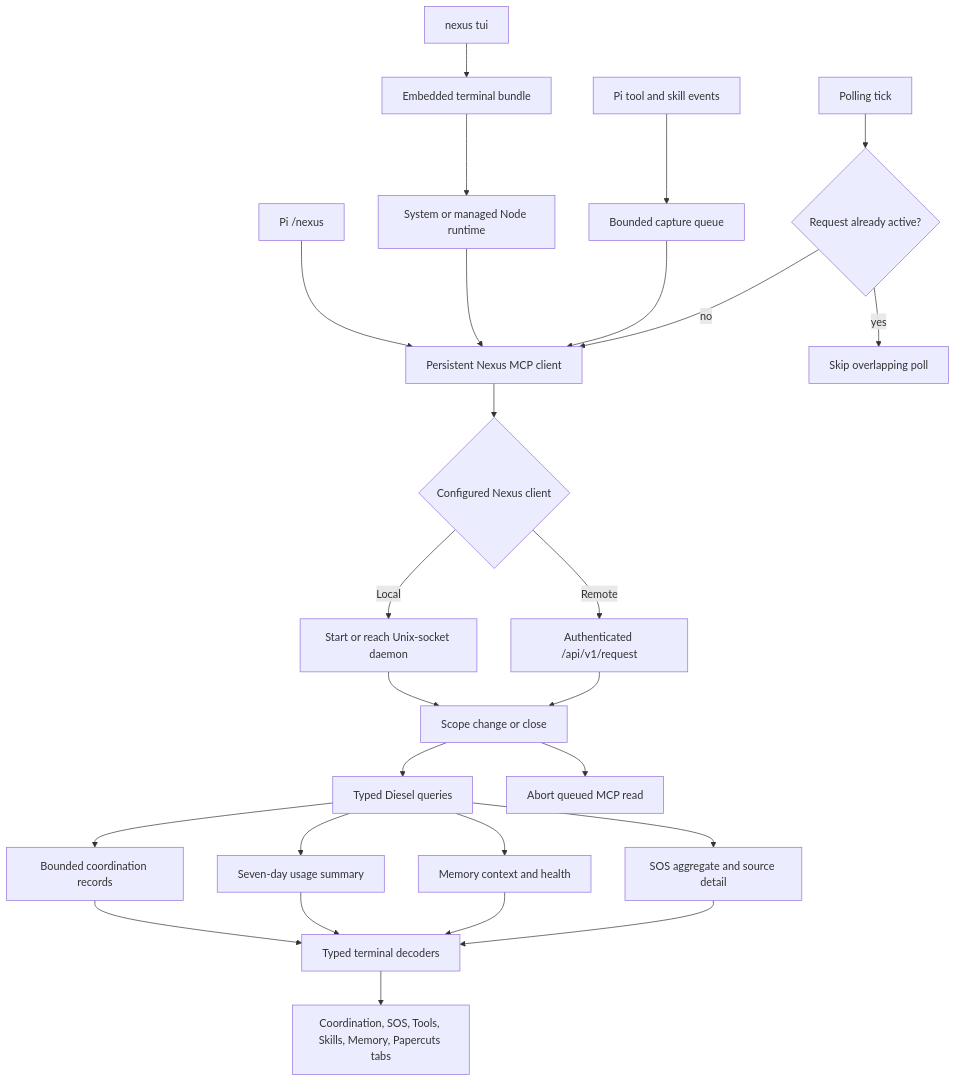
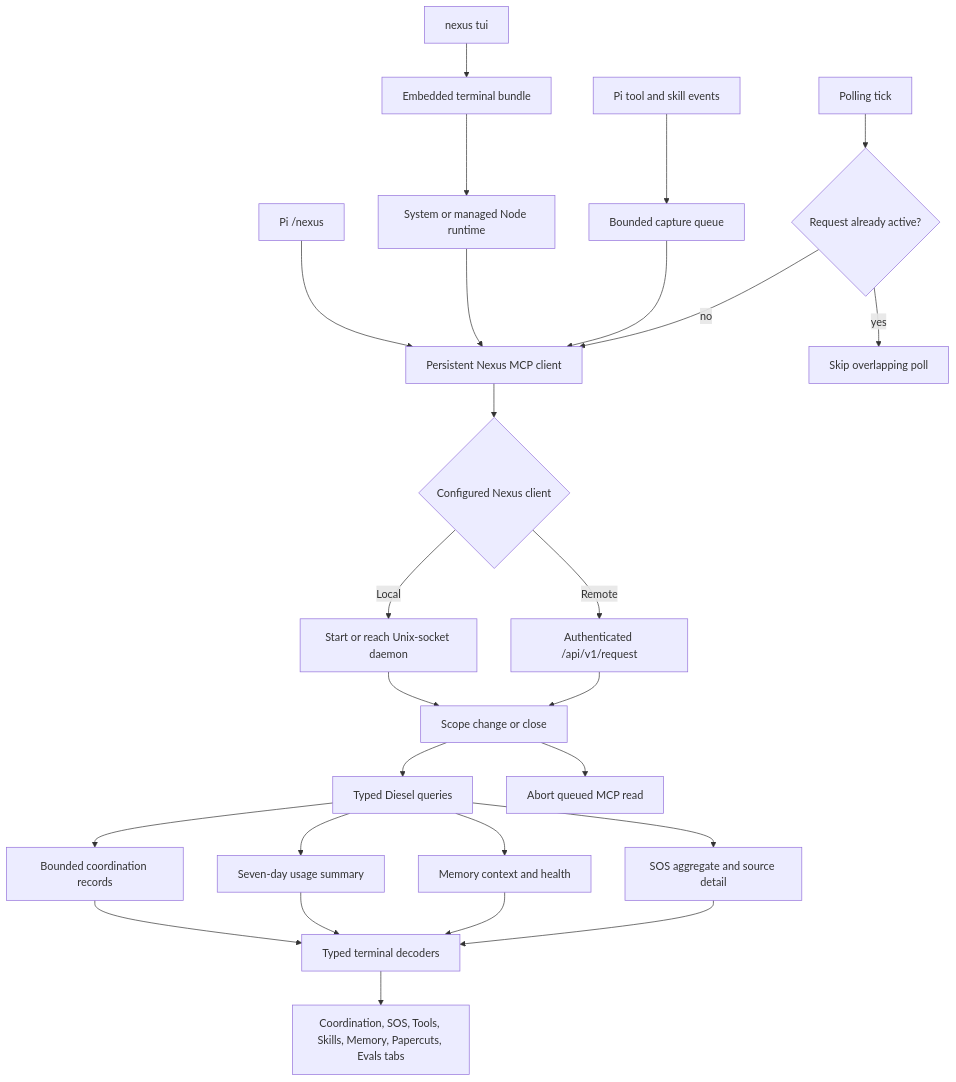
The diagram in docs/features/observability-ui.md (warrenronsiek/nexus), drawn with Mermaid before and after one commit. The commit also changed other lines of this file and 76 other files, not shown here.

````diff
--- a/docs/features/observability-ui.md
+++ b/docs/features/observability-ui.md
@@ -23,28 +23,28 @@
 ```mermaid
 flowchart TD
     A[Pi /nexus] --> B[Persistent Nexus MCP client]
     C[nexus tui] --> D[Embedded terminal bundle]
     D --> E[System or managed Node runtime]
     E --> B
     F[Pi tool and skill events] --> G[Bounded capture queue]
     G --> B
     B --> H{Configured Nexus client}
     H -->|Local| I[Start or reach Unix-socket daemon]
     H -->|Remote| J[Authenticated /api/v1/request]
     I --> S[NexusService]
     J --> S
     S --> QD[Typed Diesel queries]
     QD --> K[Bounded coordination records]
     QD --> L[Seven-day usage summary]
     QD --> M[Memory context and health]
     QD --> SI[SOS aggregate and source detail]
     K --> N[Typed terminal decoders]
     L --> N
     M --> N
     SI --> N
-    N --> O[Coordination, SOS, Tools, Skills, Memory, Papercuts tabs]
+    N --> O[Coordination, SOS, Tools, Skills, Memory, Papercuts, Evals tabs]
     P[Polling tick] --> Q{Request already active?}
     Q -->|yes| R[Skip overlapping poll]
     Q -->|no| B
     S[Scope change or close] --> T[Abort queued MCP read]
 ```
````
